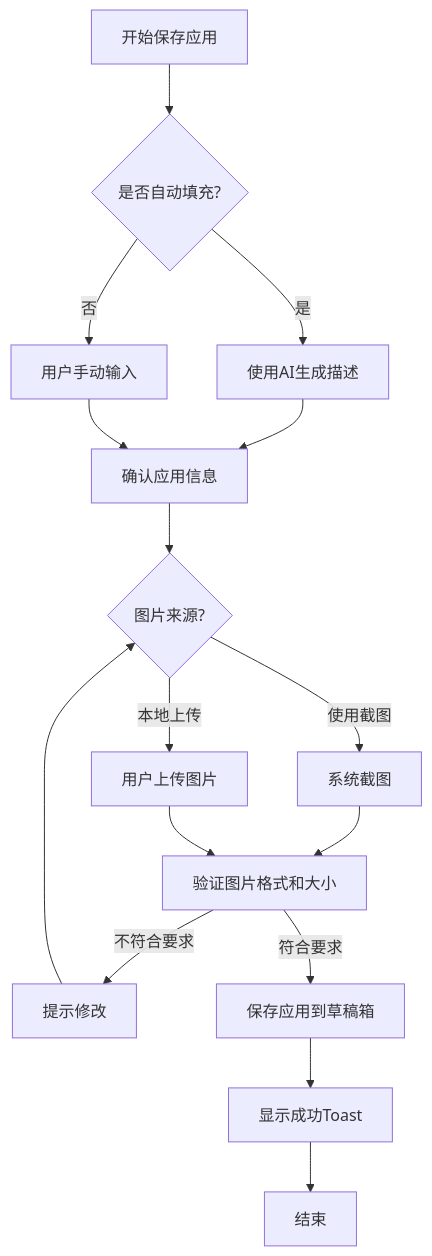
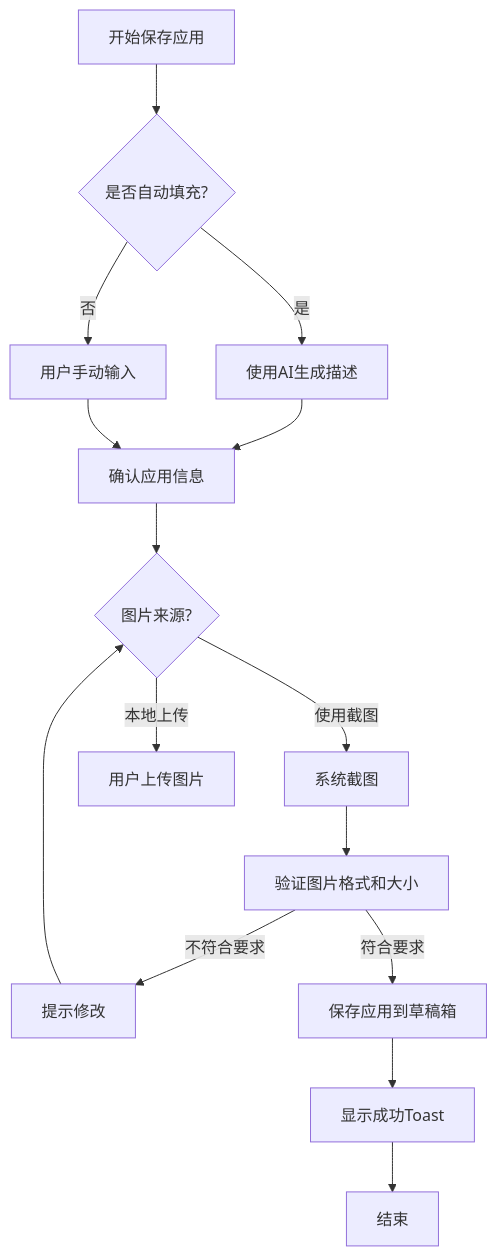
One commit to yingjianzh/iodraw-files changed the diagram in all/未命名-66.md. Above: the diagram before and after it, drawn with Mermaid.

Commit message:
2025-05-27 11:17:58 update

````diff
--- a/all/未命名-66.md
+++ b/all/未命名-66.md
@@ -1,20 +1,19 @@
 ```mermaid
 
 flowchart TD
     A[开始保存应用] --> B{是否自动填充?}
     B -->|是| C[使用AI生成描述]
     B -->|否| D[用户手动输入]
     C --> E[确认应用信息]
     D --> E
     E --> F{图片来源?}
     F -->|使用截图| G[系统截图]
     F -->|本地上传| H[用户上传图片]
     G --> I[验证图片格式和大小]
-    H --> I
     I -->|不符合要求| J[提示修改]
     J --> F
     I -->|符合要求| K[保存应用到草稿箱]
     K --> L[显示成功Toast]
     L --> M[结束]
 
 ```
````
